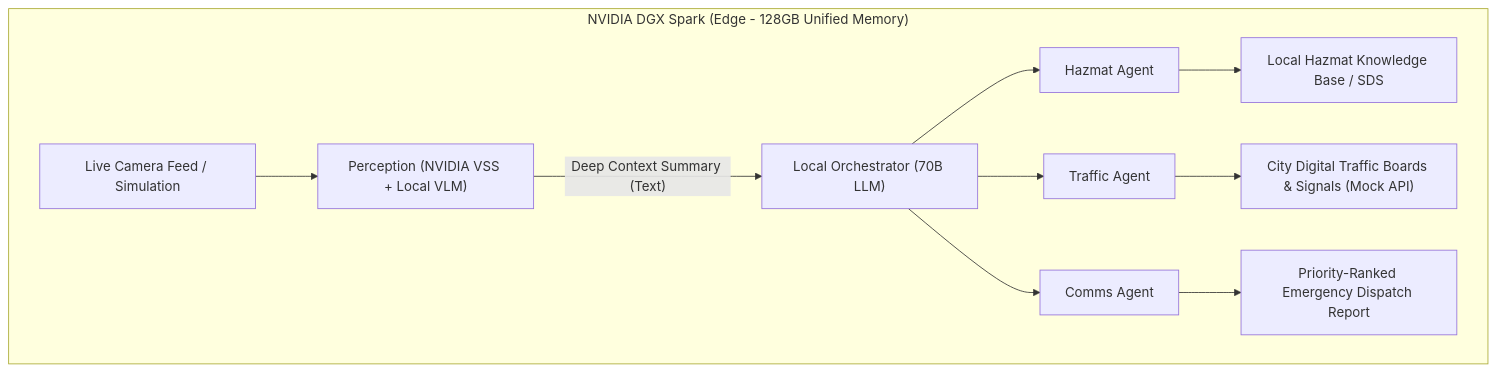
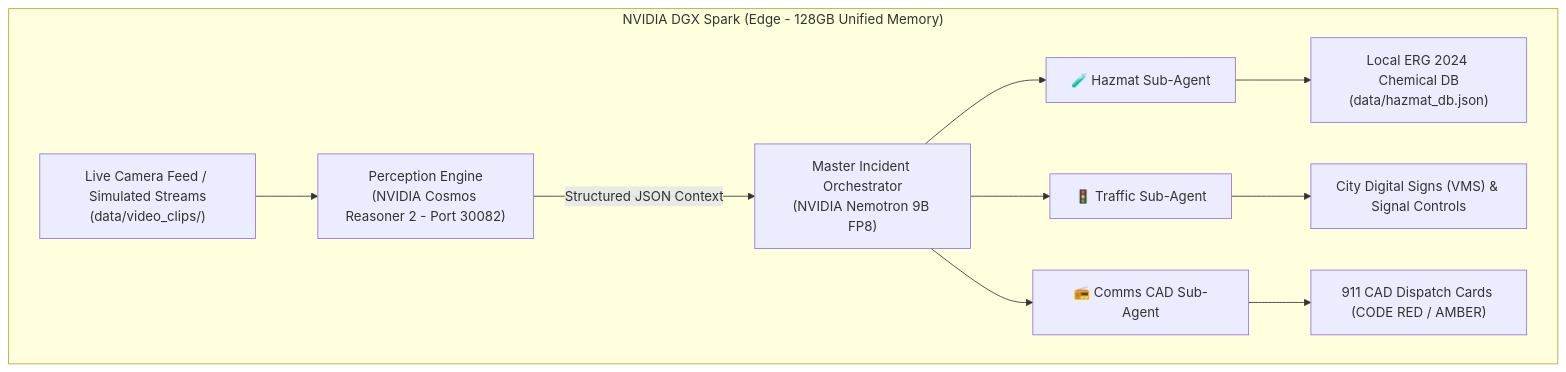
Before and after one commit to vshah-se/omni-responder-dgx-spark: the diagram in README.md, drawn with Mermaid. The commit also changed other lines of this file, not shown here.

Commit message:
docs: update comprehensive README with developer quickstart, architecture diagram, and DGX Spark deployment guide

````diff
--- a/README.md
+++ b/README.md
@@ -12,15 +12,15 @@
 ```mermaid
 flowchart TD
     subgraph Edge ["NVIDIA DGX Spark (Edge - 128GB Unified Memory)"]
-        A["Live Camera Feed / Simulation"] --> B["Perception (NVIDIA VSS + Local VLM)"]
-        B -->|"Deep Context Summary (Text)"| C["Local Orchestrator (70B LLM)"]
+        A["Live Camera Feed / Simulated Streams<br>(data/video_clips/)"] --> B["Perception Engine<br>(NVIDIA Cosmos Reasoner 2 - Port 30082)"]
+        B -->|"Structured JSON Context"| C["Master Incident Orchestrator<br>(NVIDIA Nemotron 9B FP8)"]
         
-        C --> D["Hazmat Agent"]
-        C --> E["Traffic Agent"]
-        C --> F["Comms Agent"]
+        C --> D["🧪 Hazmat Sub-Agent"]
+        C --> E["🚦 Traffic Sub-Agent"]
+        C --> F["📻 Comms CAD Sub-Agent"]
         
-        D --> D1["Local Hazmat Knowledge Base / SDS"]
-        E --> E1["City Digital Traffic Boards & Signals (Mock API)"]
-        F --> F1["Priority-Ranked Emergency Dispatch Report"]
+        D --> D1["Local ERG 2024 Chemical DB<br>(data/hazmat_db.json)"]
+        E --> E1["City Digital Signs (VMS) & Signal Controls"]
+        F --> F1["911 CAD Dispatch Cards (CODE RED / AMBER)"]
     end
 ```
````
